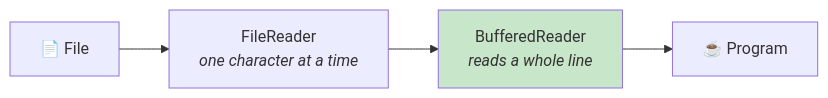
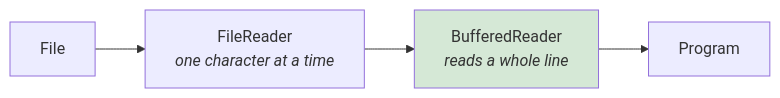
One commit to kundankumarsharma56/Leaning-Java changed the second of 2 diagrams in src/Theory/10-File-Handling/02-Streams.md. Above: the diagram before and after it, drawn with Mermaid. The commit also changed other lines of this file and 84 other files, not shown here.

````diff
--- a/src/Theory/10-File-Handling/02-Streams.md
+++ b/src/Theory/10-File-Handling/02-Streams.md
@@ -45,5 +45,5 @@
 ```mermaid
 flowchart LR
-    F["📄 File"] --> FR["FileReader<br/><i>one character at a time</i>"] --> BR["BufferedReader<br/><i>reads a whole line</i>"] --> P["☕ Program"]
-    style BR fill:#c8e6c9
+    F["File"] --> FR["FileReader<br/><i>one character at a time</i>"] --> BR["BufferedReader<br/><i>reads a whole line</i>"] --> P["Program"]
+    style BR fill:#d5e8d6
 ```
````
